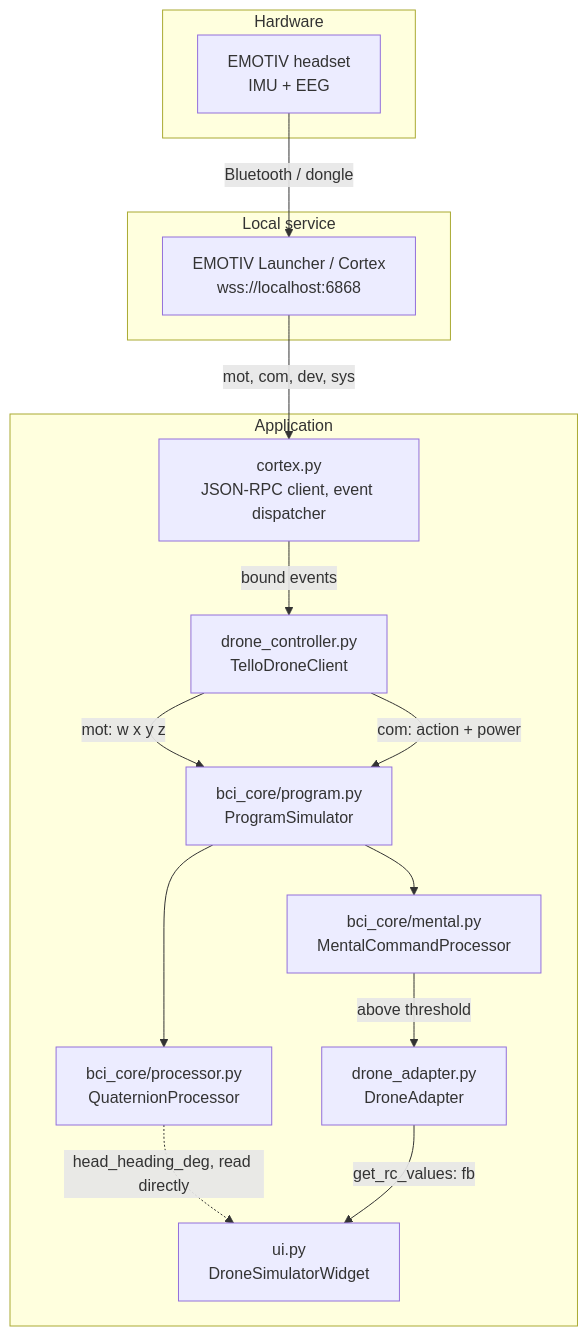
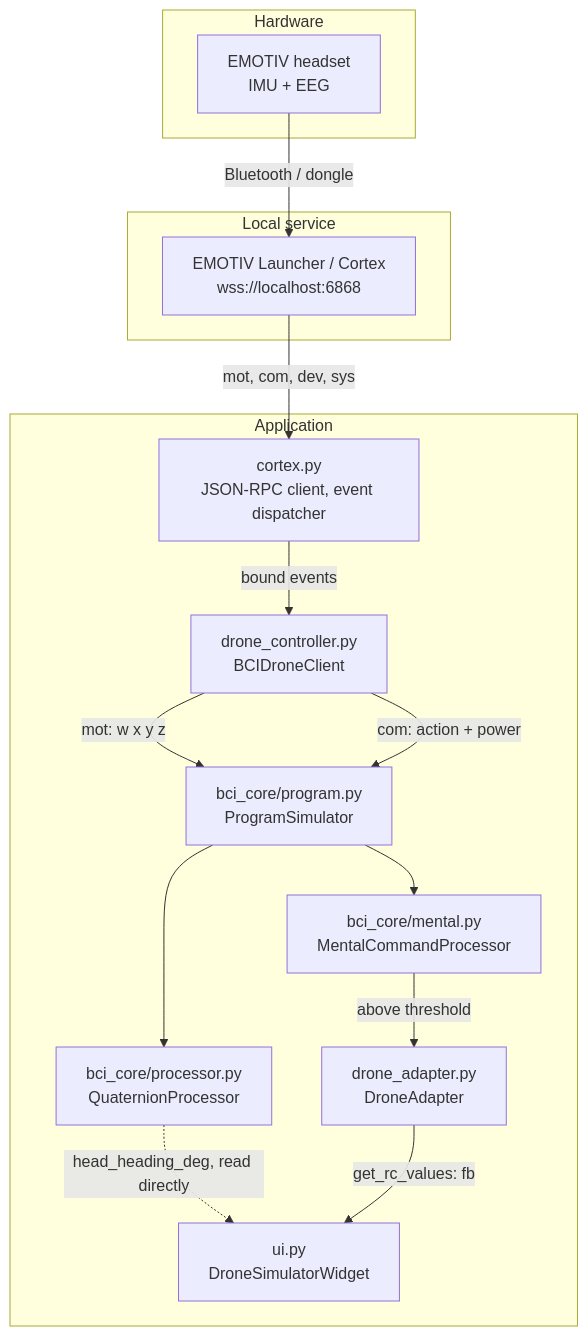
One commit to Emotiv/emotiv-drone changed the diagram in HOW_IT_WORKS.md. Above: the diagram before and after it, drawn with Mermaid. The commit also changed other lines of this file and 10 other files, not shown here.

````diff
--- a/HOW_IT_WORKS.md
+++ b/HOW_IT_WORKS.md
@@ -39,33 +38,33 @@
 ```mermaid
 graph TD
     subgraph HW ["Hardware"]
         Headset["EMOTIV headset<br>IMU + EEG"]
     end
 
     subgraph Svc ["Local service"]
         Cortex["EMOTIV Launcher / Cortex<br>wss://localhost:6868"]
     end
 
     subgraph App ["Application"]
         cortex_py["cortex.py<br>JSON-RPC client, event dispatcher"]
-        ctrl["drone_controller.py<br>TelloDroneClient"]
+        ctrl["drone_controller.py<br>BCIDroneClient"]
         prog["bci_core/program.py<br>ProgramSimulator"]
         qp["bci_core/processor.py<br>QuaternionProcessor"]
         mp["bci_core/mental.py<br>MentalCommandProcessor"]
         adapter["drone_adapter.py<br>DroneAdapter"]
         ui_py["ui.py<br>DroneSimulatorWidget"]
     end
 
     Headset -->|Bluetooth / dongle| Cortex
     Cortex -->|mot, com, dev, sys| cortex_py
     cortex_py -->|bound events| ctrl
 
     ctrl -->|mot: w x y z| prog
     prog --> qp
     qp -.->|head_heading_deg, read directly| ui_py
 
     ctrl -->|com: action + power| prog
     prog --> mp
     mp -->|above threshold| adapter
     adapter -->|get_rc_values: fb| ui_py
 ```
````
